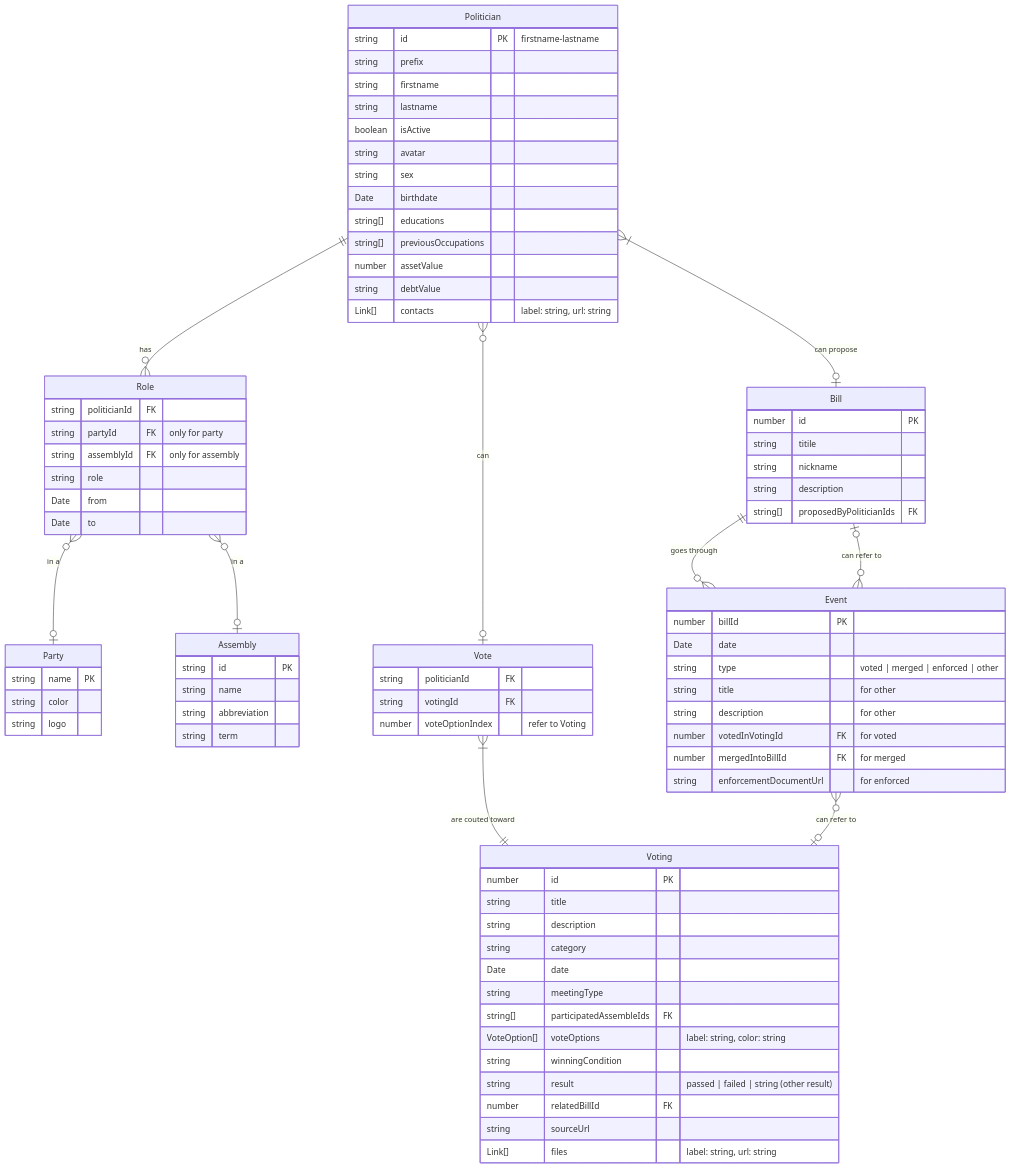
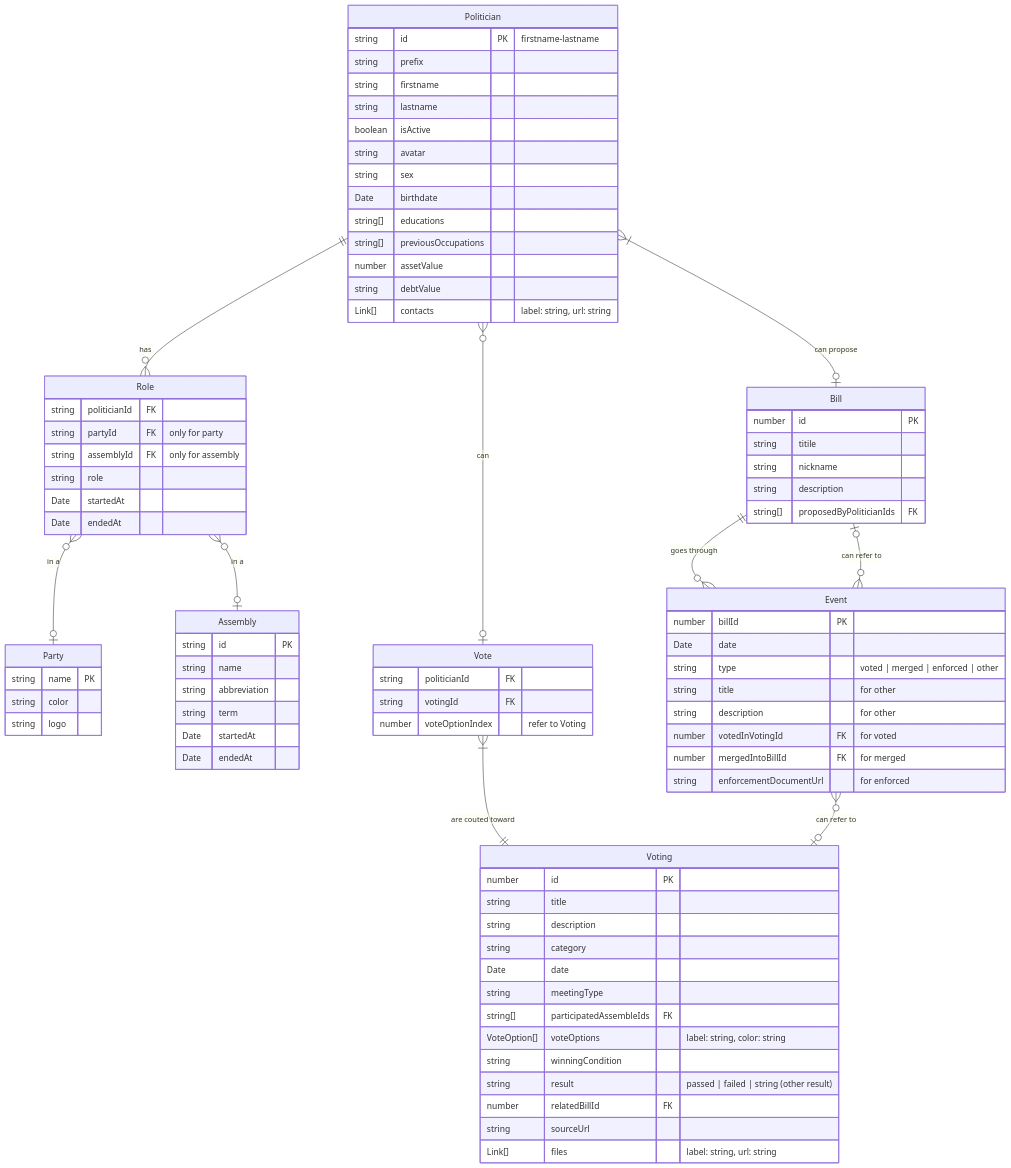
One commit to wevisdemo/parliament-watch changed the diagram in src/models/README.md. Above: the diagram before and after it, drawn with Mermaid. The commit also changed 6 other files, not shown here.

Commit message:
feat: replace from, to with startedAt, endedAt and add to assembly

```diff
--- a/src/models/README.md
+++ b/src/models/README.md
@@ -33,8 +33,8 @@
     string partyId FK "only for party"
     string assemblyId FK "only for assembly"
     string role
-    Date from
-    Date to
+    Date startedAt
+    Date endedAt
   }
 
   Party {
@@ -48,6 +48,8 @@
     string name
     string abbreviation
     string term
+    Date startedAt
+    Date endedAt
   }
 
   Bill {
```
